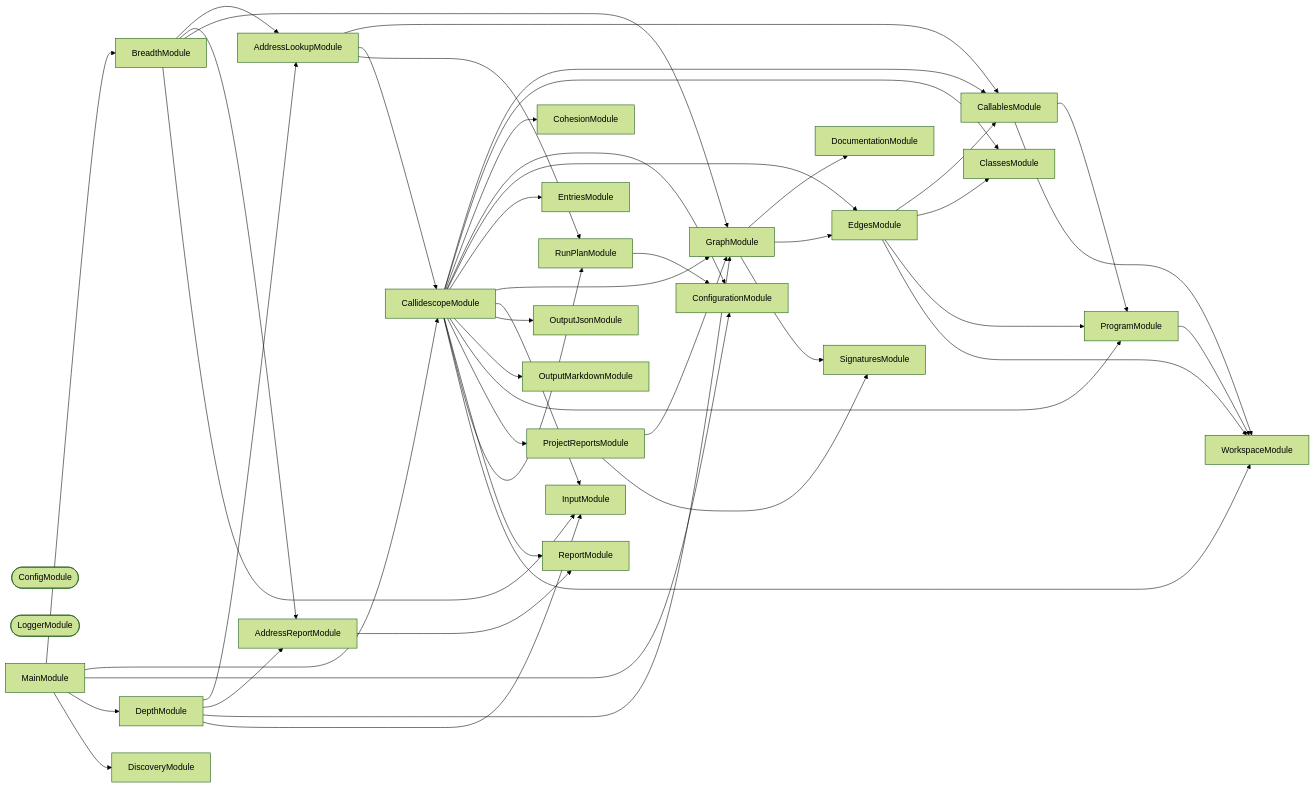
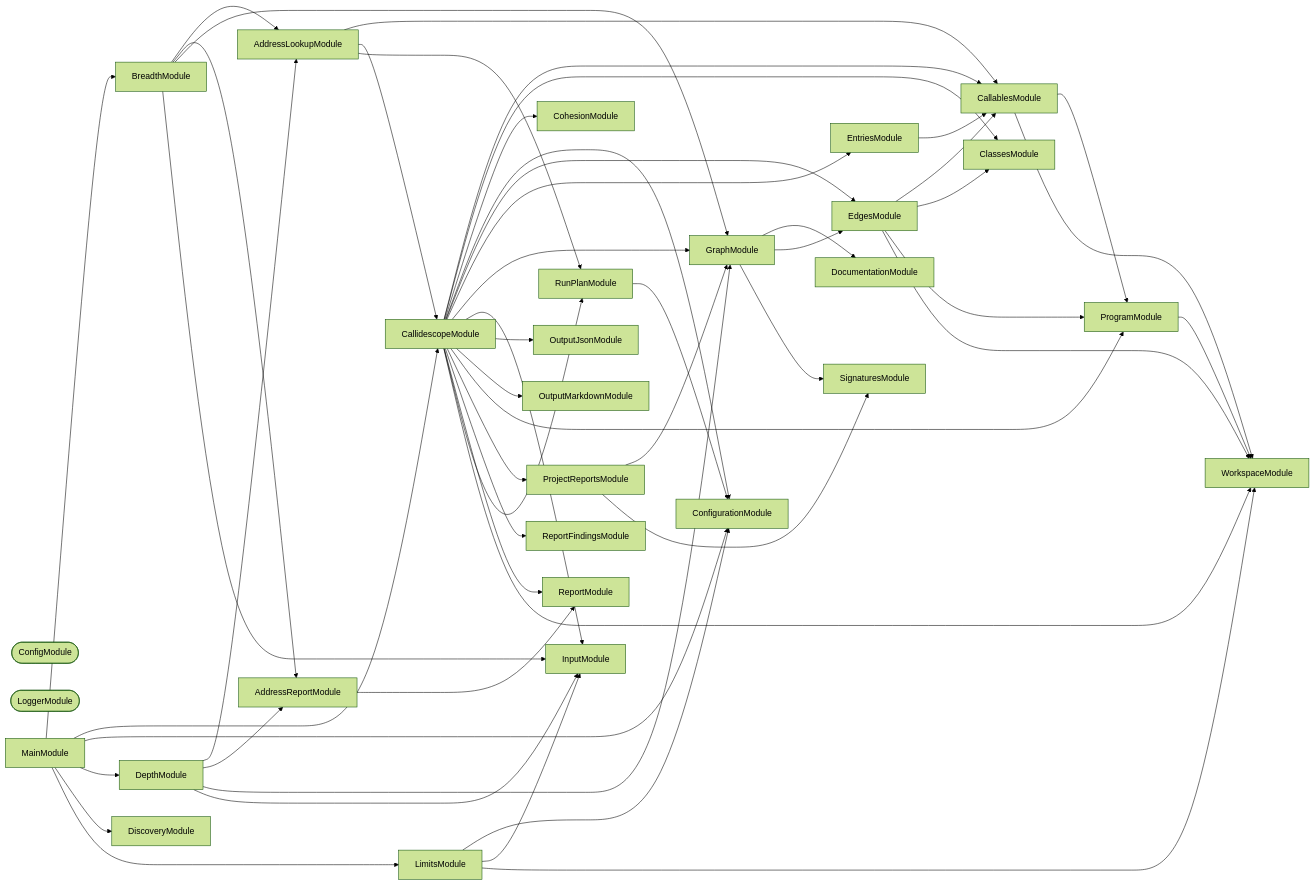
One commit to JimmyPaolini/codebase changed the second of 3 diagrams in packages/callidescope-cli/README.md. Above: the diagram before and after it, drawn with Mermaid (forest theme). The commit also changed other lines of this file and 17 other files, not shown here.

````diff
--- a/packages/callidescope-cli/README.md
+++ b/packages/callidescope-cli/README.md
@@ -950,74 +997,82 @@
 ```mermaid
 flowchart LR
   AddressLookupModule
   AddressReportModule
   BreadthModule
   CallablesModule
   CallidescopeModule
   ClassesModule
   CohesionModule
   ConfigModule([ConfigModule])
   ConfigurationModule
   DepthModule
   DiscoveryModule
   DocumentationModule
   EdgesModule
   EntriesModule
   GraphModule
   InputModule
+  LimitsModule
   LoggerModule([LoggerModule])
   MainModule
   OutputJsonModule
   OutputMarkdownModule
   ProgramModule
   ProjectReportsModule
+  ReportFindingsModule
   ReportModule
   RunPlanModule
   SignaturesModule
   WorkspaceModule
   AddressLookupModule --> CallablesModule
   AddressLookupModule --> CallidescopeModule
   AddressLookupModule --> RunPlanModule
   AddressReportModule --> ReportModule
   BreadthModule --> AddressLookupModule
   BreadthModule --> AddressReportModule
   BreadthModule --> GraphModule
   BreadthModule --> InputModule
   CallablesModule --> ProgramModule
   CallablesModule --> WorkspaceModule
   CallidescopeModule --> CallablesModule
   CallidescopeModule --> ClassesModule
   CallidescopeModule --> CohesionModule
   CallidescopeModule --> ConfigurationModule
   CallidescopeModule --> EdgesModule
   CallidescopeModule --> EntriesModule
   CallidescopeModule --> GraphModule
   CallidescopeModule --> InputModule
   CallidescopeModule --> OutputJsonModule
   CallidescopeModule --> OutputMarkdownModule
   CallidescopeModule --> ProgramModule
   CallidescopeModule --> ProjectReportsModule
+  CallidescopeModule --> ReportFindingsModule
   CallidescopeModule --> ReportModule
   CallidescopeModule --> RunPlanModule
   CallidescopeModule --> WorkspaceModule
   DepthModule --> AddressLookupModule
   DepthModule --> AddressReportModule
   DepthModule --> GraphModule
   DepthModule --> InputModule
   EdgesModule --> CallablesModule
   EdgesModule --> ClassesModule
   EdgesModule --> ProgramModule
   EdgesModule --> WorkspaceModule
+  EntriesModule --> CallablesModule
   GraphModule --> DocumentationModule
   GraphModule --> EdgesModule
   GraphModule --> SignaturesModule
+  LimitsModule --> ConfigurationModule
+  LimitsModule --> InputModule
+  LimitsModule --> WorkspaceModule
   MainModule --> BreadthModule
   MainModule --> CallidescopeModule
   MainModule --> ConfigurationModule
   MainModule --> DepthModule
   MainModule --> DiscoveryModule
+  MainModule --> LimitsModule
   ProgramModule --> WorkspaceModule
   ProjectReportsModule --> GraphModule
   ProjectReportsModule --> SignaturesModule
   RunPlanModule --> ConfigurationModule
 ```
````
